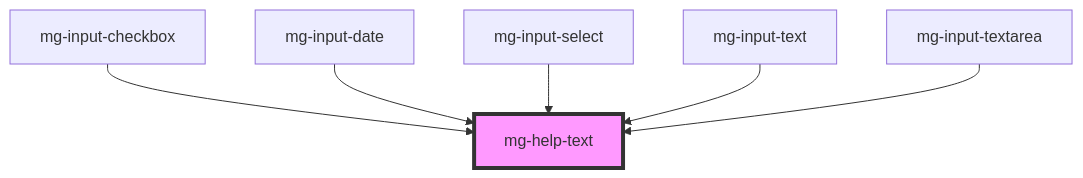
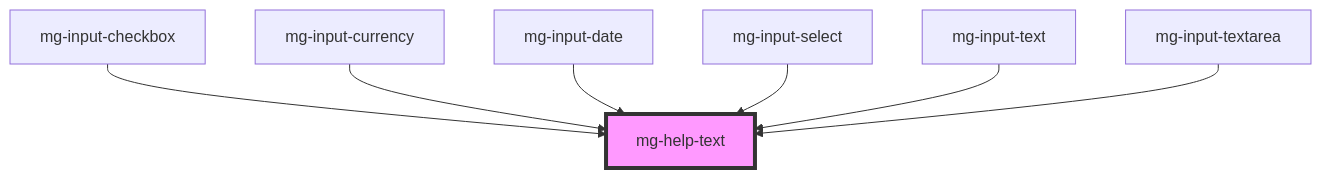
One commit to MGDIS/mg-components changed the diagram in src/components/atoms/mg-help-text/readme.md. Above: the diagram before and after it, drawn with Mermaid. The commit also changed other lines of this file and 43 other files, not shown here.

First line of the commit message:
feat(mg-input-currency): add molecule

````diff
--- a/src/components/atoms/mg-help-text/readme.md
+++ b/src/components/atoms/mg-help-text/readme.md
@@ -26,9 +27,10 @@
 ```mermaid
 graph TD;
   mg-input-checkbox --> mg-help-text
+  mg-input-currency --> mg-help-text
   mg-input-date --> mg-help-text
   mg-input-select --> mg-help-text
   mg-input-text --> mg-help-text
   mg-input-textarea --> mg-help-text
   style mg-help-text fill:#f9f,stroke:#333,stroke-width:4px
 ```
````
